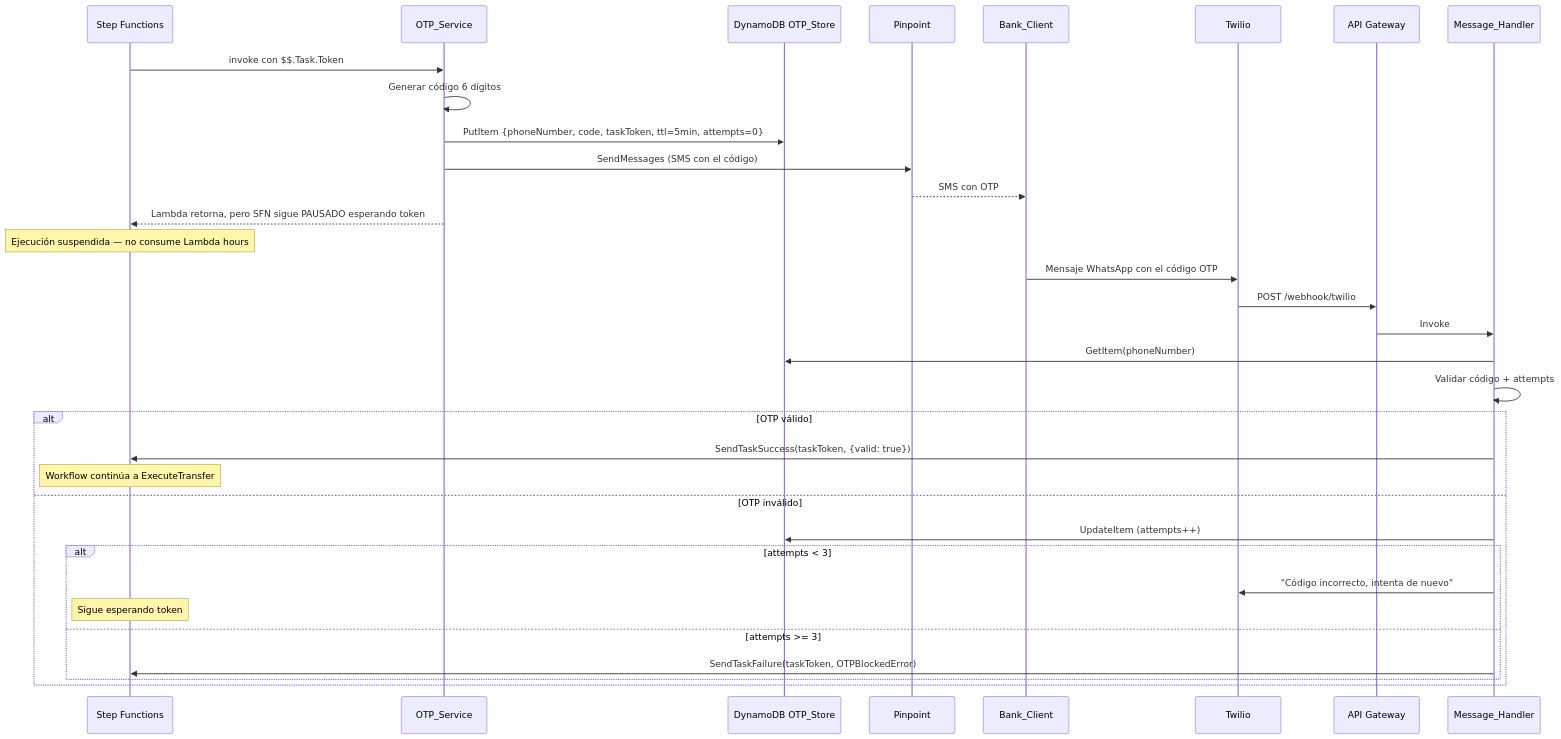
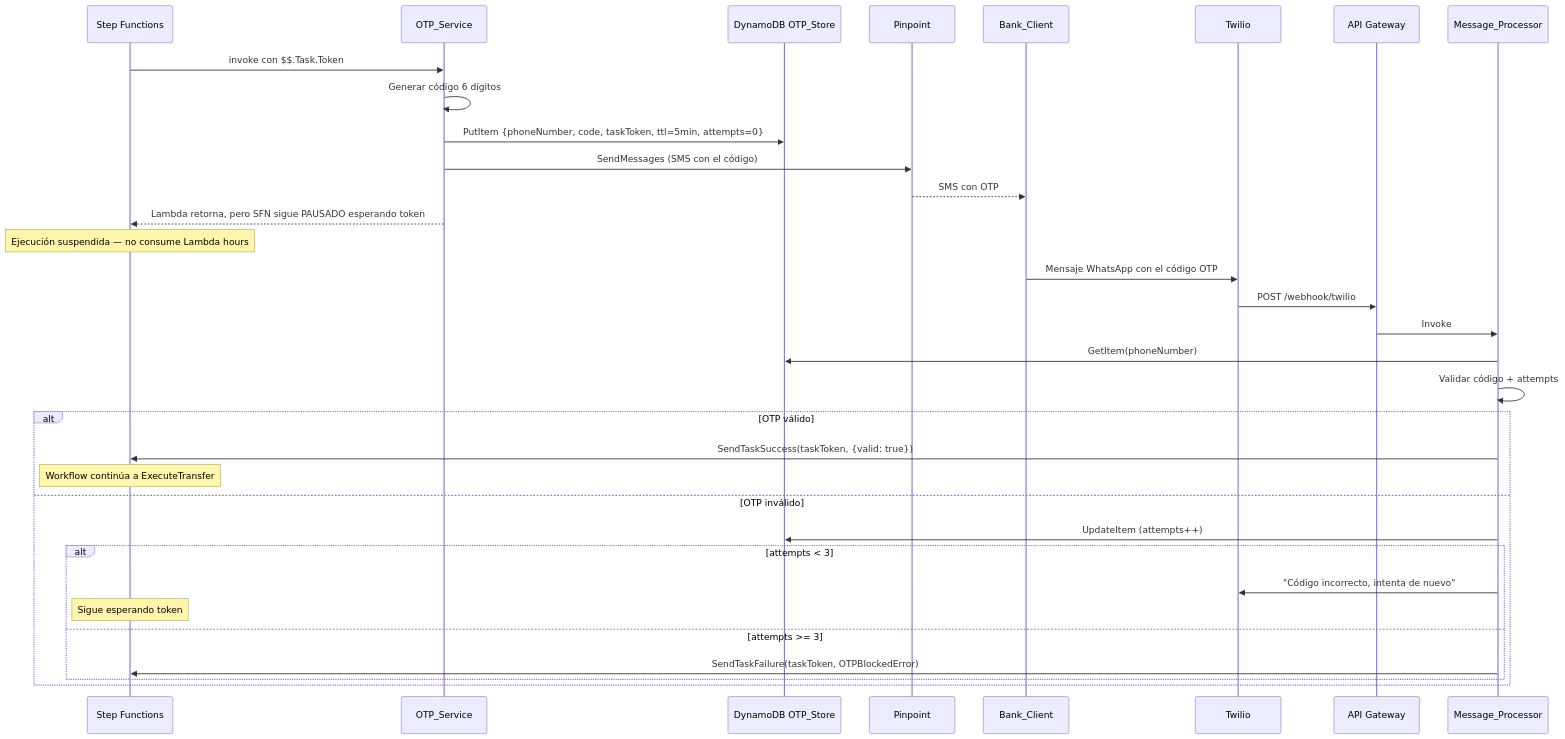
One commit to AWS-Builders-League/BTG-ConnectAI changed the fifth of 6 diagrams in .kiro/specs/btg-connect-ai-mvp-lite/design.md. Above: the diagram before and after it, drawn with Mermaid. The commit also changed other lines of this file and 3 other files, not shown here.

Commit message:
Refactor README.md: Update deployment environment details, technology stack, project structure, and installation instructions. Enhance clarity on async architecture and testing procedures.

````diff
--- a/.kiro/specs/btg-connect-ai-mvp-lite/design.md
+++ b/.kiro/specs/btg-connect-ai-mvp-lite/design.md
@@ -1504,37 +1278,37 @@
 ```mermaid
 sequenceDiagram
     participant SFN as Step Functions
     participant OTP as OTP_Service
     participant DDB_OTP as DynamoDB OTP_Store
     participant PIN as Pinpoint
     participant BC as Bank_Client
     participant TW as Twilio
     participant APIGW as API Gateway
-    participant MH as Message_Handler
+    participant MH as Message_Processor
 
     SFN->>OTP: invoke con $$.Task.Token
     OTP->>OTP: Generar código 6 dígitos
     OTP->>DDB_OTP: PutItem {phoneNumber, code, taskToken, ttl=5min, attempts=0}
     OTP->>PIN: SendMessages (SMS con el código)
     PIN-->>BC: SMS con OTP
     OTP-->>SFN: Lambda retorna, pero SFN sigue PAUSADO esperando token
     Note over SFN: Ejecución suspendida — no consume Lambda hours
 
     BC->>TW: Mensaje WhatsApp con el código OTP
     TW->>APIGW: POST /webhook/twilio
     APIGW->>MH: Invoke
     MH->>DDB_OTP: GetItem(phoneNumber)
     MH->>MH: Validar código + attempts
     alt OTP válido
         MH->>SFN: SendTaskSuccess(taskToken, {valid: true})
         Note over SFN: Workflow continúa a ExecuteTransfer
     else OTP inválido
         MH->>DDB_OTP: UpdateItem (attempts++)
         alt attempts < 3
             MH->>TW: "Código incorrecto, intenta de nuevo"
             Note over SFN: Sigue esperando token
         else attempts >= 3
             MH->>SFN: SendTaskFailure(taskToken, OTPBlockedError)
         end
     end
 ```
````
